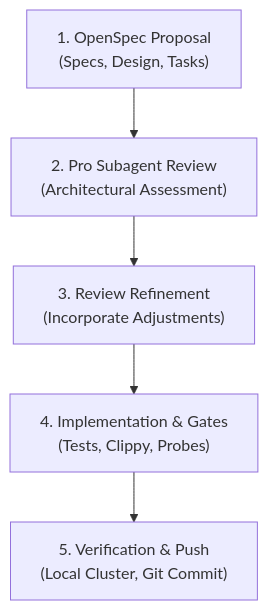
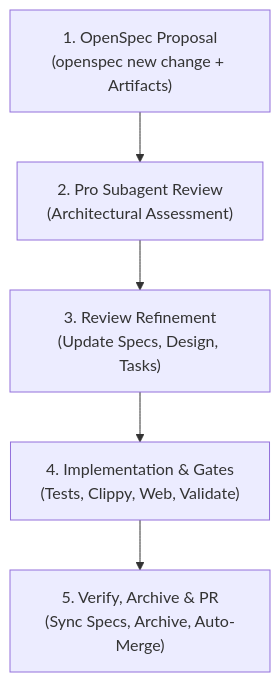
The diagram in .agents/skills/openspec-pro-workflow/SKILL.md (Jakousa/rust-server), drawn with Mermaid before and after one commit. The commit also changed other lines of this file and 44 other files, not shown here.

````diff
--- a/.agents/skills/openspec-pro-workflow/SKILL.md
+++ b/.agents/skills/openspec-pro-workflow/SKILL.md
@@ -23,7 +23,7 @@
 ```mermaid
 flowchart TD
-    S1["1. OpenSpec Proposal\n(Specs, Design, Tasks)"] --> S2["2. Pro Subagent Review\n(Architectural Assessment)"]
-    S2 --> S3["3. Review Refinement\n(Incorporate Adjustments)"]
-    S3 --> S4["4. Implementation & Gates\n(Tests, Clippy, Probes)"]
-    S4 --> S5["5. Verification & Push\n(Local Cluster, Git Commit)"]
+    S1["1. OpenSpec Proposal\n(openspec new change + Artifacts)"] --> S2["2. Pro Subagent Review\n(Architectural Assessment)"]
+    S2 --> S3["3. Review Refinement\n(Update Specs, Design, Tasks)"]
+    S3 --> S4["4. Implementation & Gates\n(Tests, Clippy, Web, Validate)"]
+    S4 --> S5["5. Verify, Archive & PR\n(Sync Specs, Archive, Auto-Merge)"]
 ```
````
